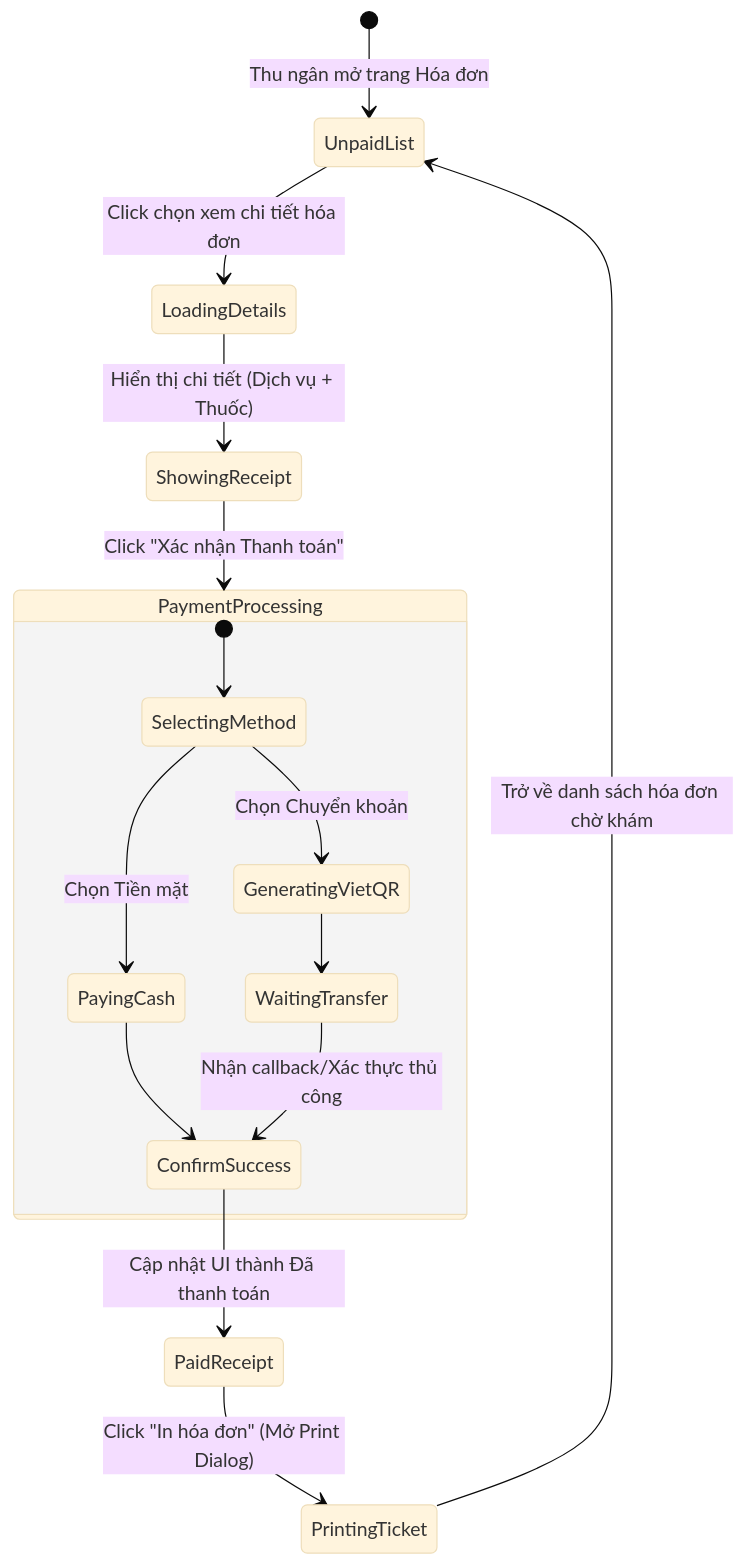
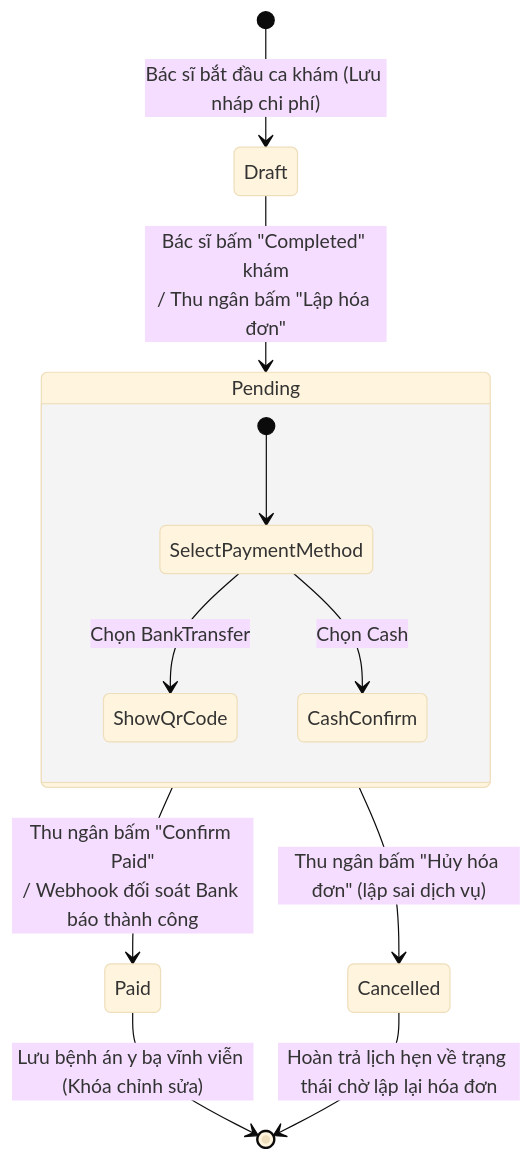
Before and after one commit to NamSD1901/DATN-Final: the diagram in plan/features/deep-decomposition/phase2-cashier-invoicing/BEHAVIOR_SPEC.md, drawn with Mermaid (base theme). The commit also changed other lines of this file and 11 other files, not shown here.

````diff
--- a/plan/features/deep-decomposition/phase2-cashier-invoicing/BEHAVIOR_SPEC.md
+++ b/plan/features/deep-decomposition/phase2-cashier-invoicing/BEHAVIOR_SPEC.md
@@ -5,20 +11,17 @@
 ```mermaid
 stateDiagram-v2
-    [*] --> UnpaidList : Thu ngân mở trang Hóa đơn
-    UnpaidList --> LoadingDetails : Click chọn xem chi tiết hóa đơn
-    LoadingDetails --> ShowingReceipt : Hiển thị chi tiết (Dịch vụ + Thuốc)
-    ShowingReceipt --> PaymentProcessing : Click "Xác nhận Thanh toán"
+    [*] --> Draft : Bác sĩ bắt đầu ca khám (Lưu nháp chi phí)
+    Draft --> Pending : Bác sĩ bấm "Completed" khám<br>/ Thu ngân bấm "Lập hóa đơn"
     
-    state PaymentProcessing {
-        [*] --> SelectingMethod
-        SelectingMethod --> PayingCash : Chọn Tiền mặt
-        SelectingMethod --> GeneratingVietQR : Chọn Chuyển khoản
-        GeneratingVietQR --> WaitingTransfer
-        PayingCash --> ConfirmSuccess
-        WaitingTransfer --> ConfirmSuccess : Nhận callback/Xác thực thủ công
+    state Pending {
+        [*] --> SelectPaymentMethod
+        SelectPaymentMethod --> ShowQrCode : Chọn BankTransfer
+        SelectPaymentMethod --> CashConfirm : Chọn Cash
     }
+
+    Pending --> Paid : Thu ngân bấm "Confirm Paid"<br>/ Webhook đối soát Bank báo thành công
+    Pending --> Cancelled : Thu ngân bấm "Hủy hóa đơn" (lập sai dịch vụ)
     
-    ConfirmSuccess --> PaidReceipt : Cập nhật UI thành Đã thanh toán
-    PaidReceipt --> PrintingTicket : Click "In hóa đơn" (Mở Print Dialog)
-    PrintingTicket --> UnpaidList : Trở về danh sách hóa đơn chờ khám
+    Paid --> [*] : Lưu bệnh án y bạ vĩnh viễn (Khóa chỉnh sửa)
+    Cancelled --> [*] : Hoàn trả lịch hẹn về trạng thái chờ lập lại hóa đơn
 ```
````
